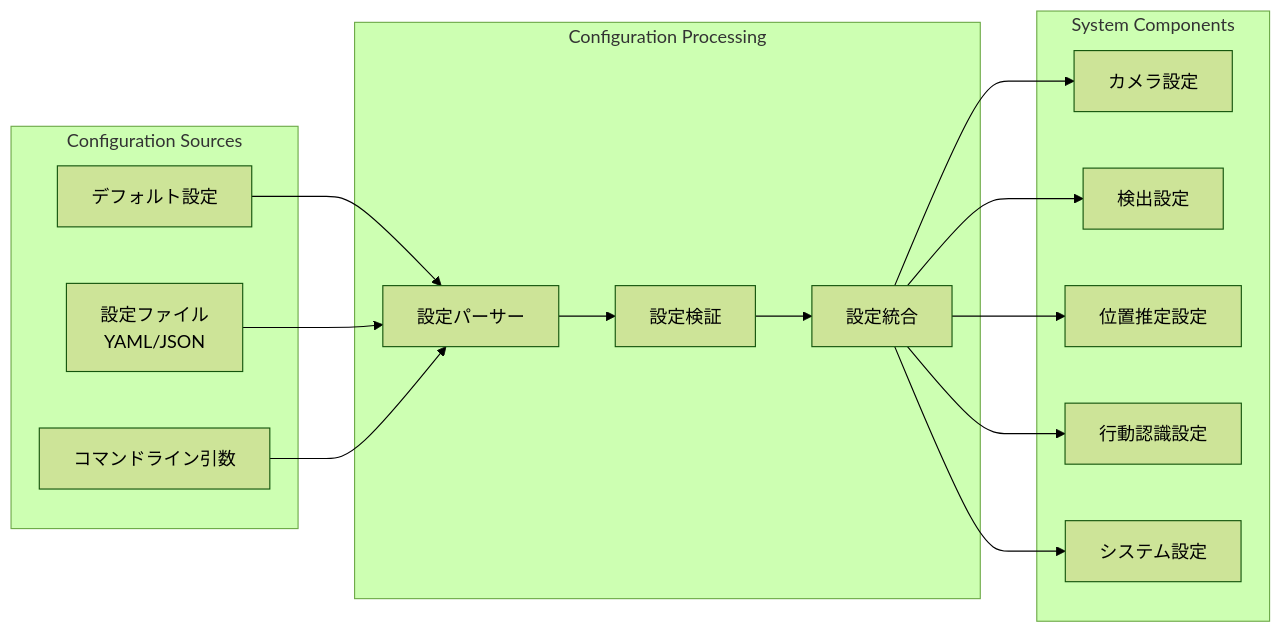
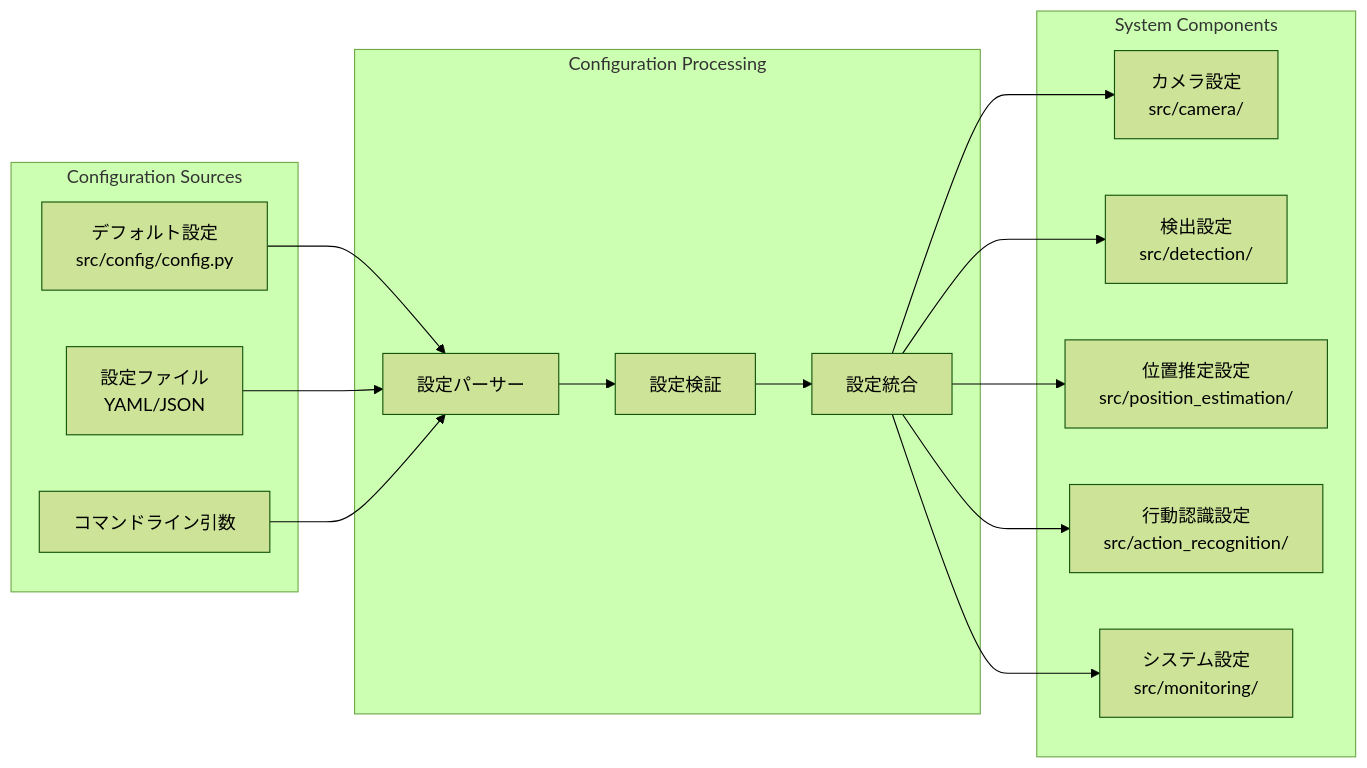
The ninth of 11 diagrams in docs/System_Architecture.md (kira612/PBL_test), drawn with Mermaid (forest theme) before and after one commit. The commit also changed other lines of this file and 60 other files, not shown here.

First line of the commit message:
Refactor codebase into modular architecture with comprehensive documentation updates

````diff
--- a/docs/System_Architecture.md
+++ b/docs/System_Architecture.md
@@ -314,33 +315,33 @@
 ```mermaid
 graph LR
     subgraph "Configuration Sources"
-        Default[デフォルト設定]
+        Default[デフォルト設定<br/>src/config/config.py]
         File[設定ファイル<br/>YAML/JSON]
         CLI[コマンドライン引数]
     end
     
     subgraph "Configuration Processing"
         Parser[設定パーサー]
         Validator[設定検証]
         Merger[設定統合]
     end
     
     subgraph "System Components"
-        Camera[カメラ設定]
-        Detection[検出設定]
-        Position[位置推定設定]
-        Action[行動認識設定]
-        System[システム設定]
+        Camera[カメラ設定<br/>src/camera/]
+        Detection[検出設定<br/>src/detection/]
+        Position[位置推定設定<br/>src/position_estimation/]
+        Action[行動認識設定<br/>src/action_recognition/]
+        System[システム設定<br/>src/monitoring/]
     end
     
     Default --> Parser
     File --> Parser
     CLI --> Parser
     Parser --> Validator
     Validator --> Merger
     Merger --> Camera
     Merger --> Detection
     Merger --> Position
     Merger --> Action
     Merger --> System
 ```
````
